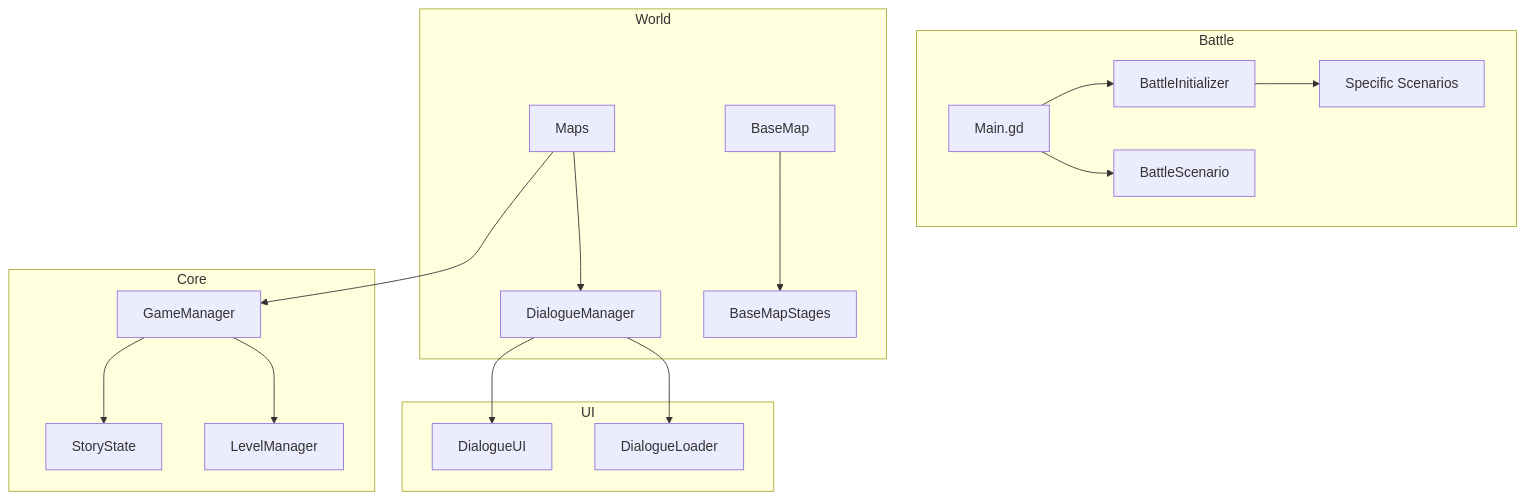
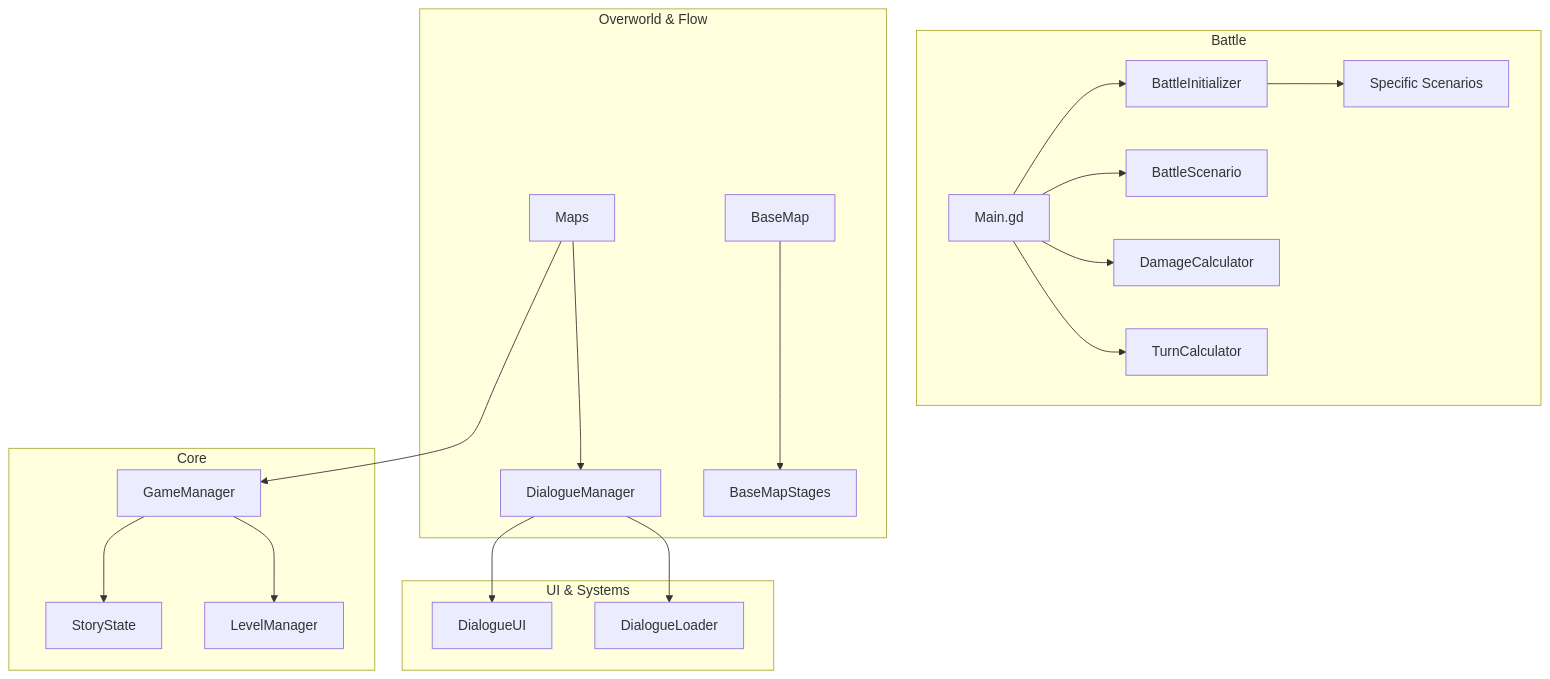
One commit to kei-kochiya/SekaiRPG changed the diagram in ARCHITECTURE.md. Above: the diagram before and after it, drawn with Mermaid. The commit also changed other lines of this file and 5 other files, not shown here.

Commit message:
feat: add post-harbor morning sequence with dialogue choices and logic

````diff
--- a/ARCHITECTURE.md
+++ b/ARCHITECTURE.md
@@ -59,24 +97,26 @@
 ```mermaid
 graph TD
     subgraph Core
         GM[GameManager] --> SS[StoryState]
         GM --> LM[LevelManager]
     end
 
     subgraph Battle
         M[Main.gd] --> BI[BattleInitializer]
         M --> BS[BattleScenario]
+        M --> DC[DamageCalculator]
+        M --> TC[TurnCalculator]
         BI --> SC[Specific Scenarios]
     end
 
-    subgraph World
+    subgraph Overworld & Flow
         MAP[Maps] --> GM
         MAP --> DM[DialogueManager]
         BM[BaseMap] --> BSt[BaseMapStages]
     end
 
-    subgraph UI
+    subgraph UI & Systems
         DM --> DUI[DialogueUI]
         DM --> DL[DialogueLoader]
     end
 ```
````
